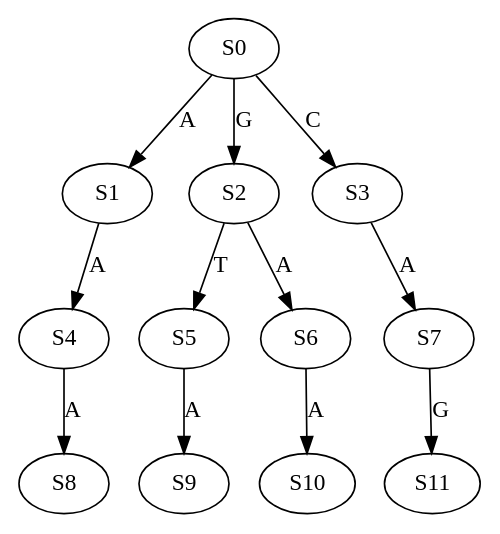
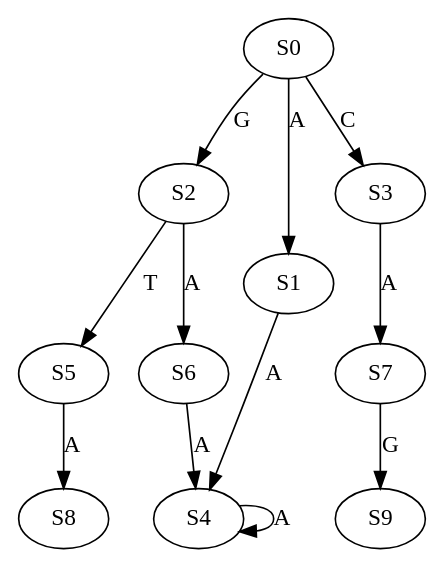
One commit to Kuanhao-Chao/Wheeler_Graph_Toolkit changed the diagram in data/graph/GT_vs_WGT/DeBruijnG_DNA/Human_LCP1_orthologues_DNA_k_3_l_3_a_4.dot. Above: the diagram before and after it, drawn with Graphviz. The commit also changed 1989 other files, not shown here.

Commit message:
Add non-collapsed De Bruijn Graph

```diff
--- a/data/graph/GT_vs_WGT/DeBruijnG_DNA/Human_LCP1_orthologues_DNA_k_3_l_3_a_4.dot
+++ b/data/graph/GT_vs_WGT/DeBruijnG_DNA/Human_LCP1_orthologues_DNA_k_3_l_3_a_4.dot
@@ -1,13 +1,13 @@
 strict digraph  {
 	S0 -> S1 [ label = A ];
 	S0 -> S2 [ label = G ];
 	S0 -> S3 [ label = C ];
 	S1 -> S4 [ label = A ];
 	S2 -> S5 [ label = T ];
 	S2 -> S6 [ label = A ];
 	S3 -> S7 [ label = A ];
-	S4 -> S8 [ label = A ];
-	S5 -> S9 [ label = A ];
-	S6 -> S10 [ label = A ];
-	S7 -> S11 [ label = G ];
+	S4 -> S4 [ label = A ];
+	S5 -> S8 [ label = A ];
+	S6 -> S4 [ label = A ];
+	S7 -> S9 [ label = G ];
 }
```
